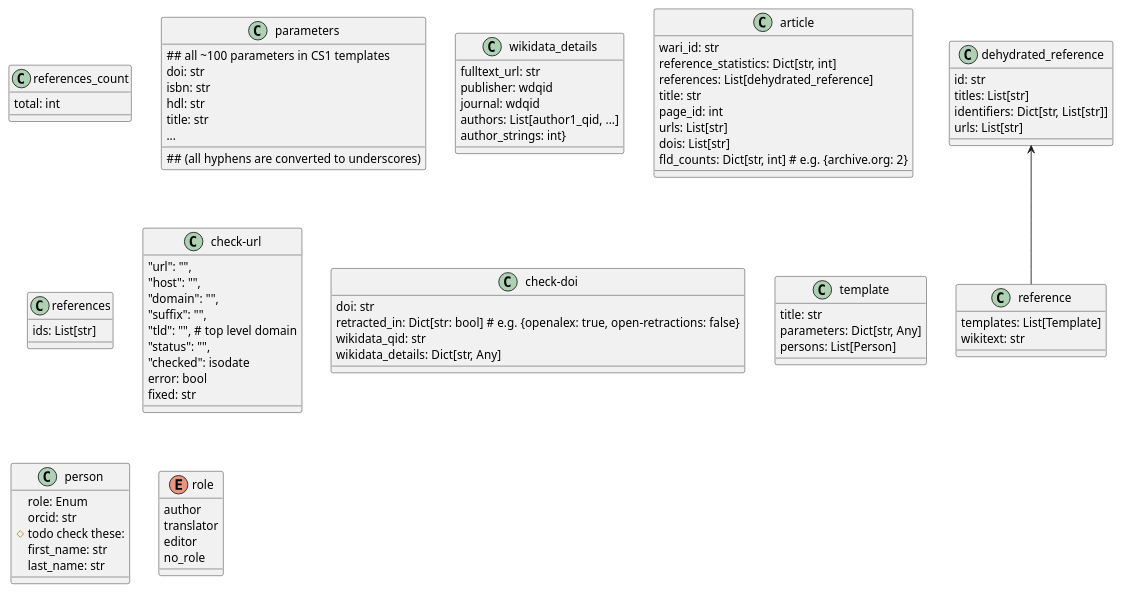
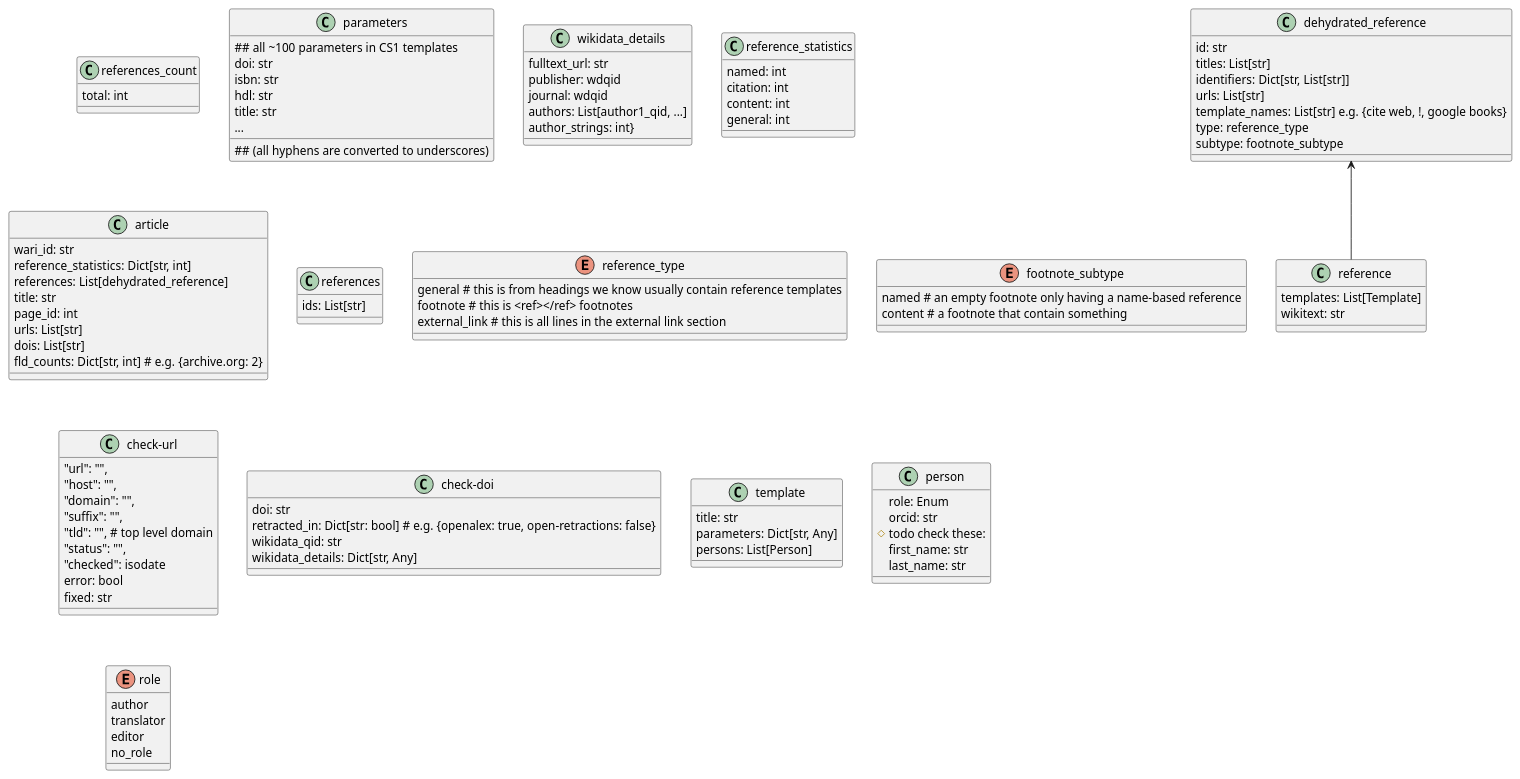
One commit to internetarchive/iari changed the diagram in diagrams/wari/classes.puml. Above: the diagram before and after it, drawn with PlantUML.

Commit message:
chore: Update the WARI classes.puml

```diff
--- a/diagrams/wari/classes.puml
+++ b/diagrams/wari/classes.puml
@@ -1,82 +1,102 @@
 @startuml
 'https://plantuml.com/class-diagram
 
 class references_count{
 total: int
 }
 class parameters{
 ## all ~100 parameters in CS1 templates
 ## (all hyphens are converted to underscores)
 doi: str
 isbn: str
 hdl: str
 title: str
 ...
 }
 class wikidata_details{
 fulltext_url: str
 publisher: wdqid
 journal: wdqid
 authors: List[author1_qid, ...]
 author_strings: int}
 }
+
+class reference_statistics{
+named: int
+citation: int
+content: int
+general: int
+
+}
 class article{
 wari_id: str
 reference_statistics: Dict[str, int]
 references: List[dehydrated_reference]
 title: str
 page_id: int
 urls: List[str]
 dois: List[str]
 fld_counts: Dict[str, int] # e.g. {archive.org: 2}
 }
 class references{
 ids: List[str]
 }
 class reference{
 templates: List[Template]
 wikitext: str
 }
+enum reference_type{
+general # this is from headings we know usually contain reference templates
+footnote # this is <ref></ref> footnotes
+external_link # this is all lines in the external link section
+}
+enum footnote_subtype{
+named # an empty footnote only having a name-based reference
+content # a footnote that contain something
+}
 class dehydrated_reference {
 id: str
 titles: List[str]
 identifiers: Dict[str, List[str]]
 urls: List[str]
+template_names: List[str] e.g. {cite web, !, google books}
+type: reference_type
+subtype: footnote_subtype
 }
 dehydrated_reference <-- reference
 class check-url{
 "url": "",
 "host": "",
 "domain": "",
 "suffix": "",
 "tld": "", # top level domain
 "status": "",
 "checked": isodate
 error: bool
 fixed: str
 }
 class check-doi{
 doi: str
 retracted_in: Dict[str: bool] # e.g. {openalex: true, open-retractions: false}
 wikidata_qid: str
 wikidata_details: Dict[str, Any]
 }
 class template{
 title: str
 parameters: Dict[str, Any]
 persons: List[Person]
 }
 class person{
 role: Enum
 orcid: str
 # todo check these:
 first_name: str
 last_name: str
 }
 enum role{
 author
 translator
 editor
 no_role
 }
 @enduml
```
